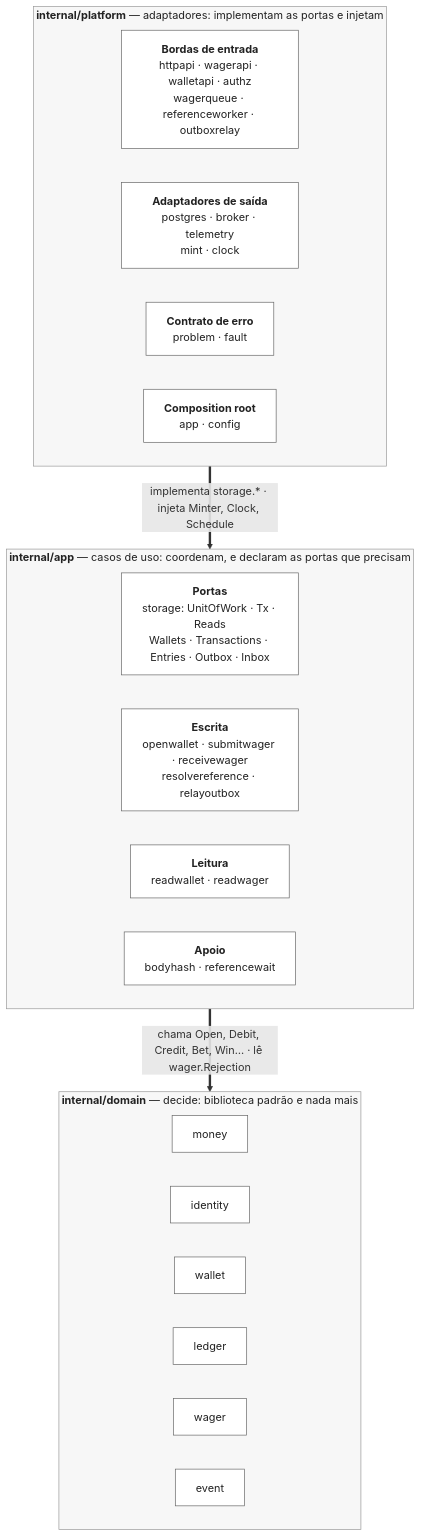
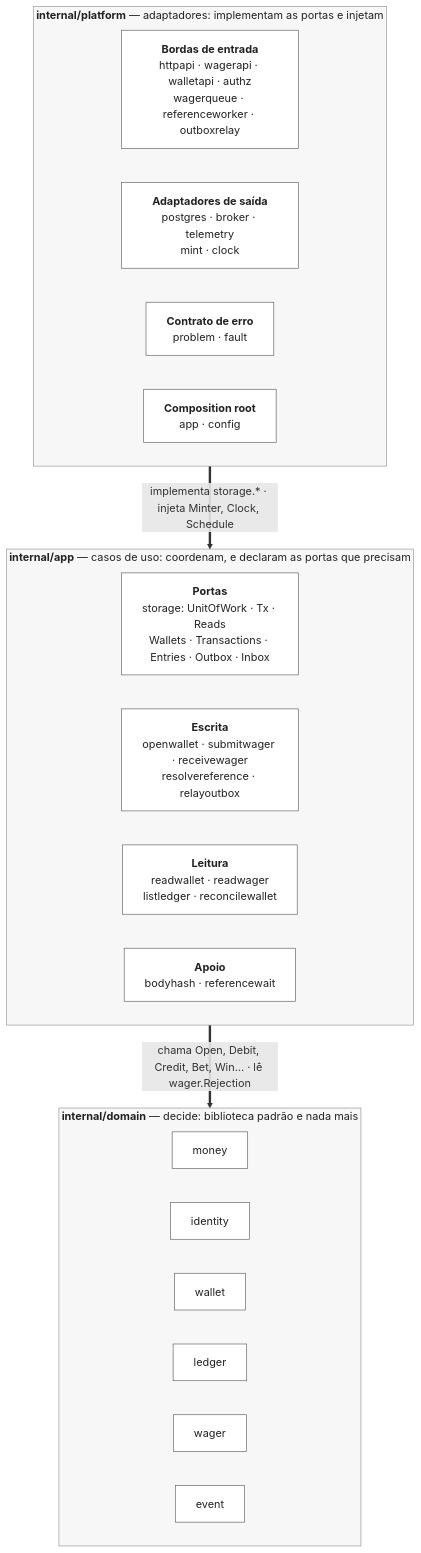
One commit to cassiusbessa/backend-challenge-go changed the third of 3 diagrams in docs/01-contexto.md. Above: the diagram before and after it, drawn with Mermaid. The commit also changed other lines of this file and 5 other files, not shown here.

````diff
--- a/docs/01-contexto.md
+++ b/docs/01-contexto.md
@@ -88,36 +88,36 @@
 ```mermaid
 flowchart TB
     subgraph platform["<b>internal/platform</b> — adaptadores: implementam as portas e injetam"]
         direction LR
         entrada["<b>Bordas de entrada</b><br/>httpapi · wagerapi · walletapi · authz<br/>wagerqueue · referenceworker · outboxrelay"]
         saida["<b>Adaptadores de saída</b><br/>postgres · broker · telemetry<br/>mint · clock"]
         erro["<b>Contrato de erro</b><br/>problem · fault"]
         root["<b>Composition root</b><br/>app · config"]
     end
 
     subgraph application["<b>internal/app</b> — casos de uso: coordenam, e declaram as portas que precisam"]
         direction LR
         storage["<b>Portas</b><br/>storage: UnitOfWork · Tx · Reads<br/>Wallets · Transactions · Entries · Outbox · Inbox"]
         escrita["<b>Escrita</b><br/>openwallet · submitwager · receivewager<br/>resolvereference · relayoutbox"]
-        leitura["<b>Leitura</b><br/>readwallet · readwager"]
+        leitura["<b>Leitura</b><br/>readwallet · readwager<br/>listledger · reconcilewallet"]
         apoio["<b>Apoio</b><br/>bodyhash · referencewait"]
     end
 
     subgraph domain["<b>internal/domain</b> — decide: biblioteca padrão e nada mais"]
         direction LR
         money["money"]
         identity["identity"]
         wallet["wallet"]
         ledger["ledger"]
         wager["wager"]
         event["event"]
     end
 
     platform == "implementa storage.* · injeta Minter, Clock, Schedule" ==> application
     application == "chama Open, Debit, Credit, Bet, Win… · lê wager.Rejection" ==> domain
 
     classDef layer fill:#f7f7f7,stroke:#999,color:#222
     classDef box fill:#fff,stroke:#666,color:#222
     class platform,application,domain layer
     class entrada,saida,erro,root,storage,escrita,leitura,apoio,money,identity,wallet,ledger,wager,event box
 ```
````
